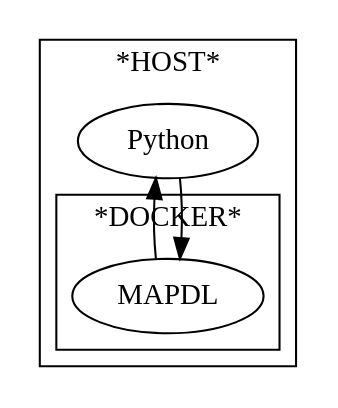
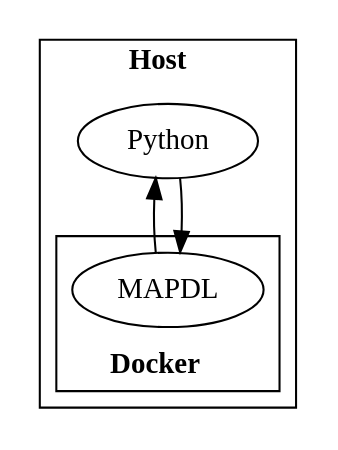
The diagram in doc/source/getting_started/docker.rst (ansys/pymapdl), drawn with Graphviz before and after one commit. The commit also changed other lines of this file, not shown here.

Commit message:
Improving diagram.

```diff
--- a/doc/source/getting_started/docker.rst
+++ b/doc/source/getting_started/docker.rst
@@ -21,16 +21,17 @@
 .. graphviz::
    :caption: Communication between PyMAPDL and MAPDL on docker.
 
-    digraph "sphinx-ext-graphviz" {
-      node [];
-      subgraph cluster_frontend {
-        label="*HOST*";
-        Python;
-      subgraph cluster_backend {
-        MAPDL;
-        label="*DOCKER*";
-        }
-      }
-      Python -> MAPDL
-      MAPDL -> Python
+   digraph "sphinx-ext-graphviz" {
+     node [];
+     subgraph cluster_frontend {
+       label=< <B>Host</B> >;
+       Python;
+     subgraph cluster_backend {
+       label=< <B>Docker</B> >;
+       labelloc="b";
+       MAPDL;
+       }
+     }
+     Python -> MAPDL
+     MAPDL -> Python
     }
```
